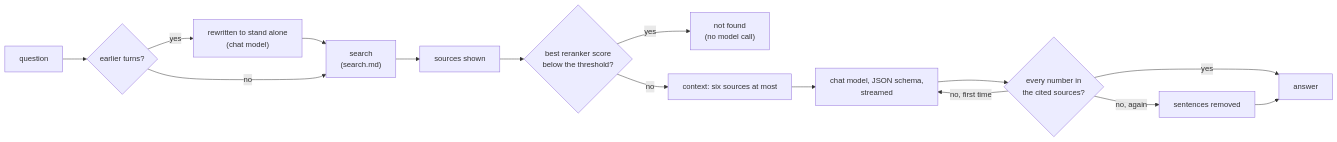
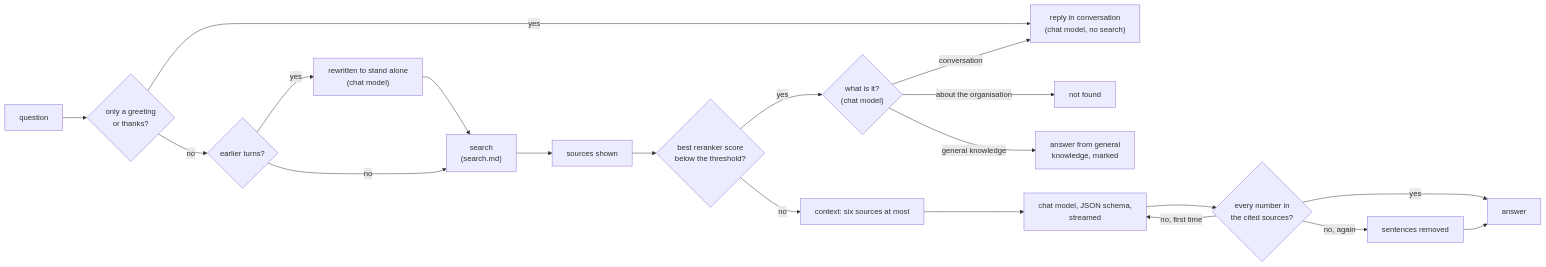
The diagram in docs/design/answers.md (FurkanKocatas/Synapse), drawn with Mermaid before and after one commit. The commit also changed other lines of this file and 17 other files, not shown here.

First line of the commit message:
feat(chat): greetings and general questions answered without the documents

````diff
--- a/docs/design/answers.md
+++ b/docs/design/answers.md
@@ -7,14 +7,19 @@
 ```mermaid
 flowchart LR
-    Q[question] --> W{"earlier turns?"}
+    Q[question] --> K{"only a greeting<br/>or thanks?"}
+    K -- yes --> CV["reply in conversation<br/>(chat model, no search)"]
+    K -- no --> W{"earlier turns?"}
     W -- yes --> R["rewritten to stand alone<br/>(chat model)"] --> S
     W -- no --> S["search<br/>(search.md)"]
     S --> P["sources shown"]
     P --> T{"best reranker score<br/>below the threshold?"}
-    T -- yes --> N["not found<br/>(no model call)"]
+    T -- yes --> J{"what is it?<br/>(chat model)"}
+    J -- "about the organisation" --> N["not found"]
+    J -- "conversation" --> CV
+    J -- "general knowledge" --> GK["answer from general<br/>knowledge, marked"]
     T -- no --> C["context: six sources at most"] --> G["chat model, JSON schema,<br/>streamed"]
     G --> V{"every number in<br/>the cited sources?"}
     V -- yes --> A[answer]
     V -- no, first time --> G
     V -- no, again --> X["sentences removed"] --> A
 ```
````
